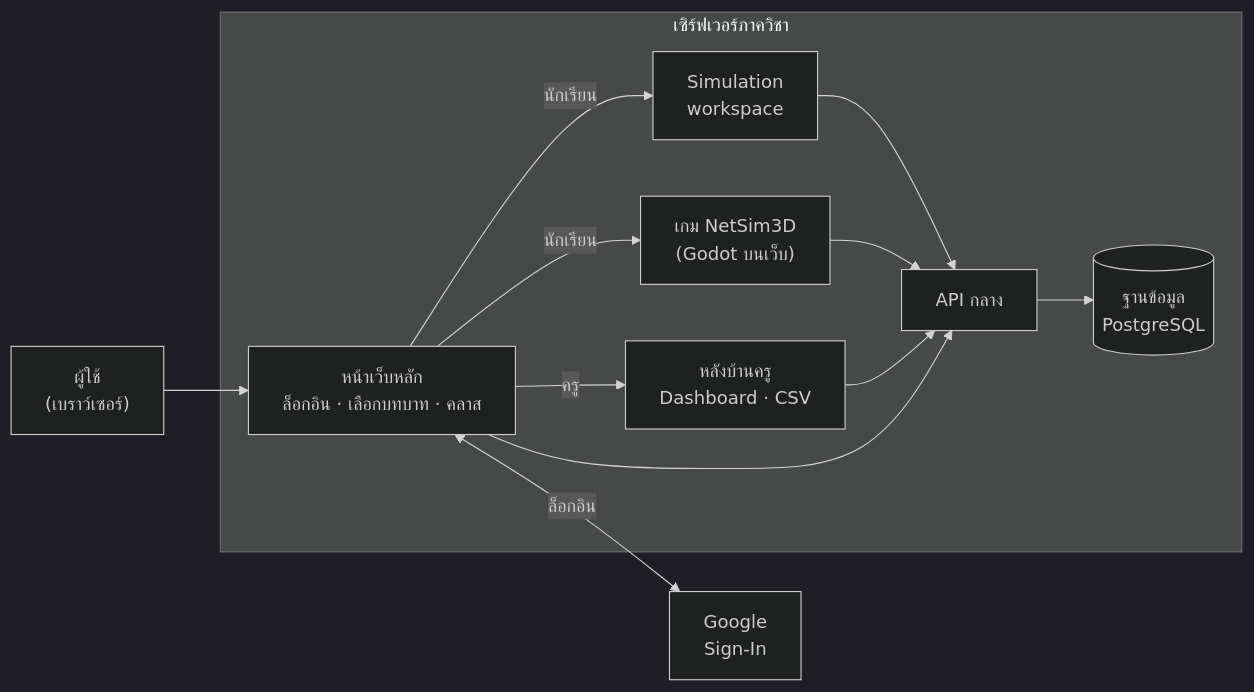
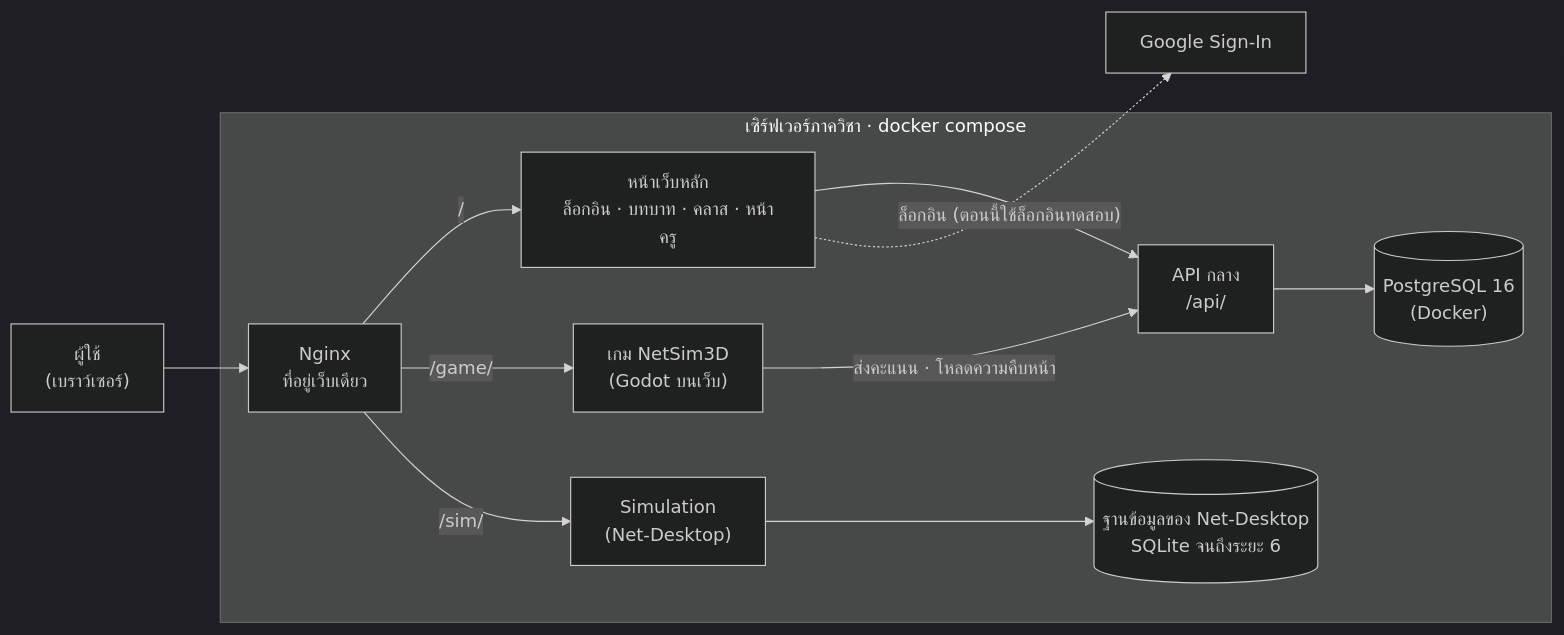
One commit to s6802041510091-stack/NetSim3D changed the first of 6 diagrams in เว็บไซต์/README.md. Above: the diagram before and after it, drawn with Mermaid (dark theme). The commit also changed other lines of this file and 1 other file, not shown here.

````diff
--- a/เว็บไซต์/README.md
+++ b/เว็บไซต์/README.md
@@ -16,21 +16,21 @@
 ```mermaid
 flowchart LR
-  U["ผู้ใช้<br/>(เบราว์เซอร์)"] --> P["หน้าเว็บหลัก<br/>ล็อกอิน · เลือกบทบาท · คลาส"]
-  P <-->|"ล็อกอิน"| G["Google<br/>Sign-In"]
-  P -->|"นักเรียน"| S["Simulation<br/>workspace"]
-  P -->|"นักเรียน"| N["เกม NetSim3D<br/>(Godot บนเว็บ)"]
-  P -->|"ครู"| T["หลังบ้านครู<br/>Dashboard · CSV"]
-  S --> A["API กลาง"]
-  N --> A
-  T --> A
-  P --> A
-  A --> D[("ฐานข้อมูล<br/>PostgreSQL")]
-  subgraph SRV["เซิร์ฟเวอร์ภาควิชา"]
+  U["ผู้ใช้<br/>(เบราว์เซอร์)"] --> NG["Nginx<br/>ที่อยู่เว็บเดียว"]
+  NG -->|"/"| P["หน้าเว็บหลัก<br/>ล็อกอิน · บทบาท · คลาส · หน้าครู"]
+  NG -->|"/game/"| N["เกม NetSim3D<br/>(Godot บนเว็บ)"]
+  NG -->|"/sim/"| S["Simulation<br/>(Net-Desktop)"]
+  P --> A["API กลาง<br/>/api/"]
+  N -->|"ส่งคะแนน · โหลดความคืบหน้า"| A
+  A --> D[("PostgreSQL 16<br/>(Docker)")]
+  S --> SD[("ฐานข้อมูลของ Net-Desktop<br/>SQLite จนถึงระยะ 6")]
+  P -.->|"ล็อกอิน (ตอนนี้ใช้ล็อกอินทดสอบ)"| G["Google Sign-In"]
+  subgraph SRV["เซิร์ฟเวอร์ภาควิชา · docker compose"]
+    NG
     P
+    N
     S
-    N
-    T
     A
     D
+    SD
   end
 ```
````
